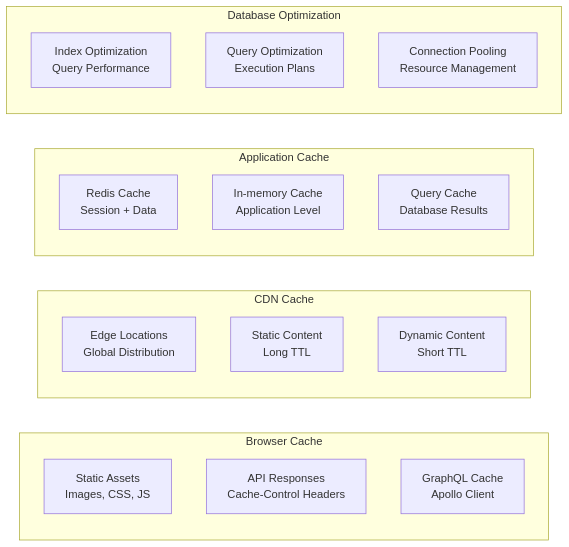
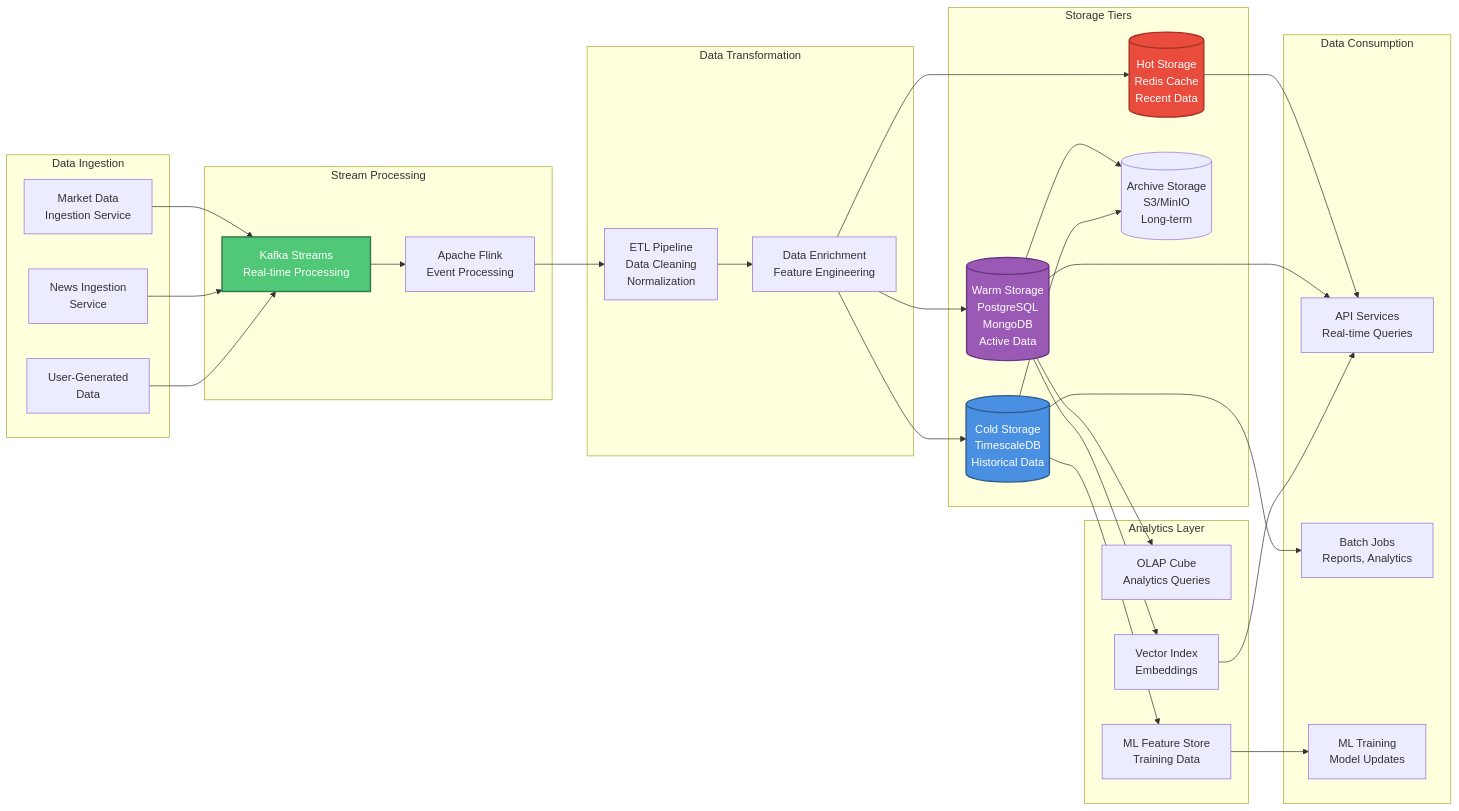
The tenth of 10 diagrams in architecture.md (amar01vidality/Chat_System_documention_And_Architecture-), drawn with Mermaid before and after one commit. The commit also changed other lines of this file, not shown here.

````diff
--- a/architecture.md
+++ b/architecture.md
@@ -417,26 +964,68 @@
 ```mermaid
 graph LR
-    subgraph "Browser Cache"
-        BROWSER_STATIC[Static Assets<br/>Images, CSS, JS]
-        BROWSER_API[API Responses<br/>Cache-Control Headers]
-        BROWSER_GRAPHQL[GraphQL Cache<br/>Apollo Client]
+    subgraph "Data Ingestion"
+        MARKET_INGEST[Market Data<br/>Ingestion Service]
+        NEWS_INGEST[News Ingestion<br/>Service]
+        USER_DATA[User-Generated<br/>Data]
     end
 
-    subgraph "CDN Cache"
-        CDN_EDGE[Edge Locations<br/>Global Distribution]
-        CDN_STATIC[Static Content<br/>Long TTL]
-        CDN_DYNAMIC[Dynamic Content<br/>Short TTL]
+    subgraph "Stream Processing"
+        KAFKA_STREAM[Kafka Streams<br/>Real-time Processing]
+        FLINK[Apache Flink<br/>Event Processing]
     end
 
-    subgraph "Application Cache"
-        REDIS_CACHE[Redis Cache<br/>Session + Data]
-        MEMORY_CACHE[In-memory Cache<br/>Application Level]
-        QUERY_CACHE[Query Cache<br/>Database Results]
+    subgraph "Data Transformation"
+        ETL_PIPELINE[ETL Pipeline<br/>Data Cleaning<br/>Normalization]
+        ENRICHMENT[Data Enrichment<br/>Feature Engineering]
     end
 
-    subgraph "Database Optimization"
-        INDEX_OPTIMIZATION[Index Optimization<br/>Query Performance]
-        QUERY_OPTIMIZATION[Query Optimization<br/>Execution Plans]
-        CONNECTION_POOL[Connection Pooling<br/>Resource Management]
+    subgraph "Storage Tiers"
+        HOT[(Hot Storage<br/>Redis Cache<br/>Recent Data)]
+        WARM[(Warm Storage<br/>PostgreSQL<br/>MongoDB<br/>Active Data)]
+        COLD[(Cold Storage<br/>TimescaleDB<br/>Historical Data)]
+        ARCHIVE[(Archive Storage<br/>S3/MinIO<br/>Long-term)]
     end
+
+    subgraph "Analytics Layer"
+        OLAP[OLAP Cube<br/>Analytics Queries]
+        ML_FEATURES[ML Feature Store<br/>Training Data]
+        VECTOR_INDEX[Vector Index<br/>Embeddings]
+    end
+
+    subgraph "Data Consumption"
+        API_CONSUME[API Services<br/>Real-time Queries]
+        BATCH_JOBS[Batch Jobs<br/>Reports, Analytics]
+        ML_TRAINING[ML Training<br/>Model Updates]
+    end
+
+    MARKET_INGEST --> KAFKA_STREAM
+    NEWS_INGEST --> KAFKA_STREAM
+    USER_DATA --> KAFKA_STREAM
+    
+    KAFKA_STREAM --> FLINK
+    FLINK --> ETL_PIPELINE
+    
+    ETL_PIPELINE --> ENRICHMENT
+    ENRICHMENT --> HOT
+    ENRICHMENT --> WARM
+    ENRICHMENT --> COLD
+    
+    WARM --> ARCHIVE
+    COLD --> ARCHIVE
+    
+    HOT --> API_CONSUME
+    WARM --> API_CONSUME
+    COLD --> BATCH_JOBS
+    
+    WARM --> OLAP
+    COLD --> ML_FEATURES
+    WARM --> VECTOR_INDEX
+    
+    ML_FEATURES --> ML_TRAINING
+    VECTOR_INDEX --> API_CONSUME
+    
+    style KAFKA_STREAM fill:#50C878,stroke:#2D7A4A,stroke-width:2px,color:#fff
+    style HOT fill:#E94B3C,stroke:#A83228,stroke-width:2px,color:#fff
+    style WARM fill:#9B59B6,stroke:#6C3483,stroke-width:2px,color:#fff
+    style COLD fill:#4A90E2,stroke:#2E5C8A,stroke-width:2px,color:#fff
 ```
````
